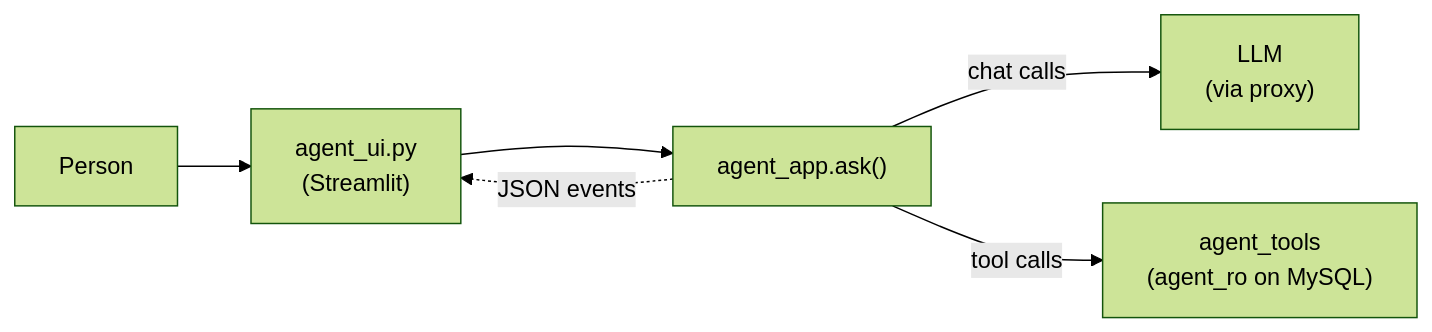
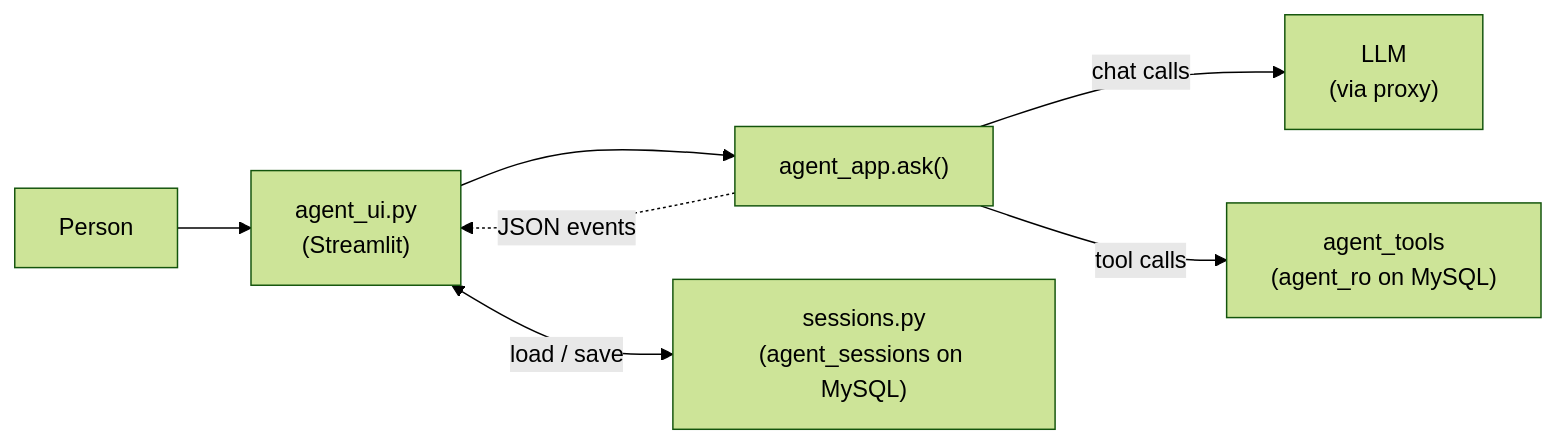
Before and after one commit to ensanguine2279/sctp-aie-m5-jurong-marine: the first of 2 diagrams in docs/agent_ui.md, drawn with Mermaid (forest theme). The commit also changed other lines of this file and 10 other files, not shown here.

````diff
--- a/docs/agent_ui.md
+++ b/docs/agent_ui.md
@@ -10,8 +10,9 @@
 ```mermaid
 flowchart LR
     P["Person"] --> U["agent_ui.py<br/>(Streamlit)"]
     U --> A["agent_app.ask()"]
     A -->|"chat calls"| M["LLM<br/>(via proxy)"]
     A -->|"tool calls"| T["agent_tools<br/>(agent_ro on MySQL)"]
     A -.->|"JSON events"| U
+    U <-->|"load / save"| S["sessions.py<br/>(agent_sessions on MySQL)"]
 ```
````
